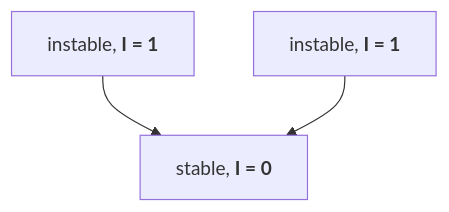
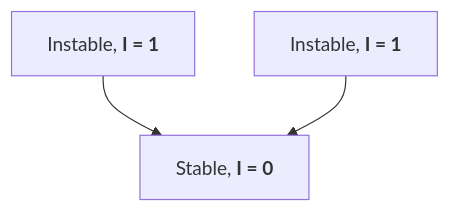
One commit to aleksandr-kiliushin/learning changed the fifth of 6 diagrams in summaries/clean-architecture/index.md. Above: the diagram before and after it, drawn with Mermaid. The commit also changed other lines of this file, not shown here.

Commit message:
clean architecture: edit ### CHAPTER 14. COMPONENT COUPLING

````diff
--- a/summaries/clean-architecture/index.md
+++ b/summaries/clean-architecture/index.md
@@ -847,9 +845,9 @@
 ```mermaid
 graph TD
-  ComponentA[instable, <b>I = 1</b>]
-  ComponentB[instable, <b>I = 1</b>]
-  ComponentC[stable, <b>I = 0</b>]
+  ComponentA[Instable, <b>I = 1</b>]
+  ComponentB[Instable, <b>I = 1</b>]
+  ComponentC[Stable, <b>I = 0</b>]
 
   ComponentA-->ComponentC
   ComponentB-->ComponentC
 ```
````
